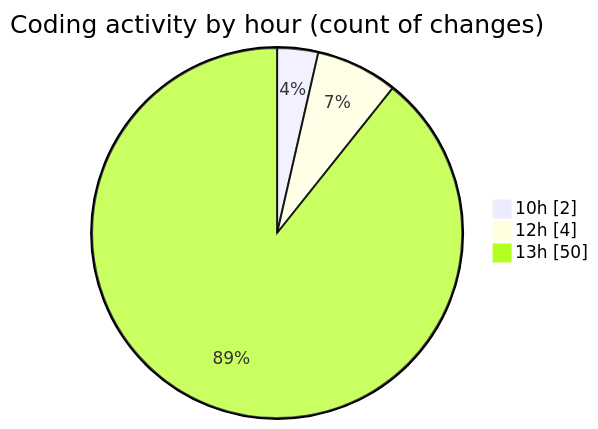
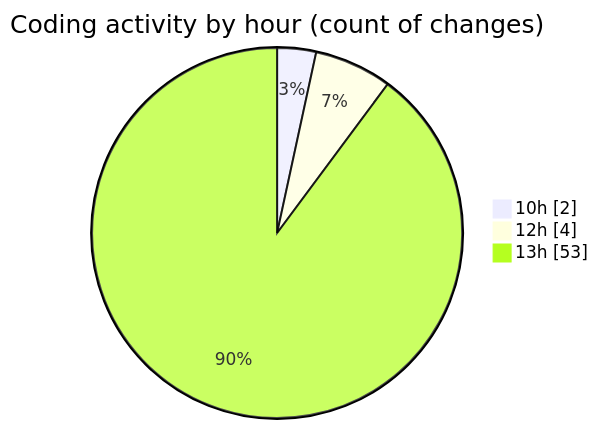
The second of 2 diagrams in 2026-04-30/cda/README.md (momahboobian/code-tracking), drawn with Mermaid before and after one commit. The commit also changed other lines of this file and 1 other file, not shown here.

````diff
--- a/2026-04-30/cda/README.md
+++ b/2026-04-30/cda/README.md
@@ -66,7 +66,7 @@
 ```mermaid
 pie showData
 title Coding activity by hour (count of changes)
 "10h" : 2
 "12h" : 4
-"13h" : 50
+"13h" : 53
 ```
````
